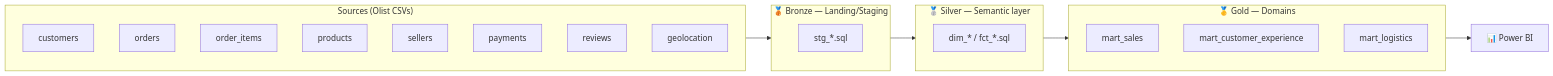
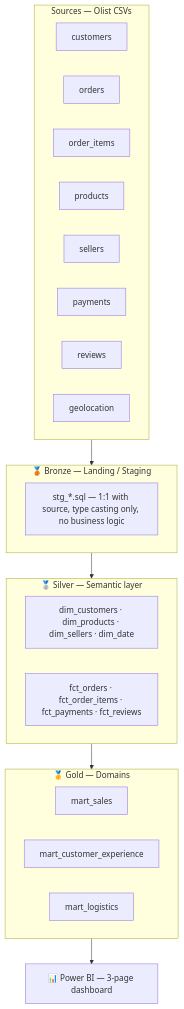
One commit to deexposito/medallion-ecommerce changed the first of 2 diagrams in README.md. Above: the diagram before and after it, drawn with Mermaid.

Commit message:
Redo architecture diagram as top-down for more visual presence
The horizontal flowchart rendered as a thin strip next to the much
larger ER diagram below it. Switched to top-down layout (sub-flows
inside Sources/Gold stay horizontal), split the Silver box into
dims/facts, and added brief inline descriptions per stage.

````diff
--- a/README.md
+++ b/README.md
@@ -24,29 +24,38 @@
 ```mermaid
-flowchart LR
-    subgraph Sources["Sources (Olist CSVs)"]
+flowchart TD
+    subgraph Sources["Sources — Olist CSVs"]
+        direction LR
         A1[customers]
         A2[orders]
         A3[order_items]
         A4[products]
         A5[sellers]
         A6[payments]
         A7[reviews]
         A8[geolocation]
     end
 
-    subgraph Bronze["🥉 Bronze — Landing/Staging"]
-        B[stg_*.sql]
+    Sources --> Bronze
+
+    subgraph Bronze["🥉 Bronze — Landing / Staging"]
+        B["stg_*.sql — 1:1 with source, type casting only, no business logic"]
     end
 
+    Bronze --> Silver
+
     subgraph Silver["🥈 Silver — Semantic layer"]
-        S[dim_* / fct_*.sql]
+        S1["dim_customers · dim_products · dim_sellers · dim_date"]
+        S2["fct_orders · fct_order_items · fct_payments · fct_reviews"]
     end
 
+    Silver --> Gold
+
     subgraph Gold["🥇 Gold — Domains"]
+        direction LR
         G1[mart_sales]
         G2[mart_customer_experience]
         G3[mart_logistics]
     end
 
-    Sources --> Bronze --> Silver --> Gold --> PowerBI[📊 Power BI]
+    Gold --> PowerBI["📊 Power BI — 3-page dashboard"]
 ```
````
